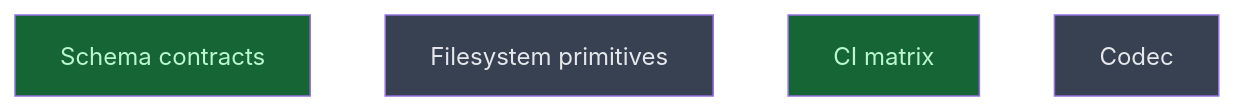
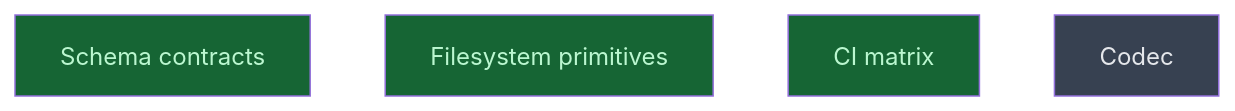
The diagram in __roadmap__/m1-core-foundation/settle/build/README.md (CrackingShells/cracking-shells-playbook), drawn with Mermaid before and after one commit. The commit also changed other lines of this file and 1 other file, not shown here.

Commit message:
chore(roadmap): close the m1 fs primitives
Ticks the gates, lists the guards the fix round added, and notes that
the Linux and Windows runs wait for the gated push of ci_matrix.

````diff
--- a/__roadmap__/m1-core-foundation/settle/build/README.md
+++ b/__roadmap__/m1-core-foundation/settle/build/README.md
@@ -20,12 +20,12 @@
 ```mermaid
 graph TD
     schema_contracts[Schema contracts]:::done
-    fs_primitives[Filesystem primitives]:::planned
+    fs_primitives[Filesystem primitives]:::done
     ci_matrix[CI matrix]:::done
     codec[Codec]:::planned
     classDef done       fill:#166534,color:#bbf7d0
     classDef inprogress fill:#854d0e,color:#fef08a
     classDef planned    fill:#374151,color:#e5e7eb
     classDef amendment  fill:#1e3a5f,color:#bfdbfe
     classDef blocked    fill:#7f1d1d,color:#fecaca
 ```
````
